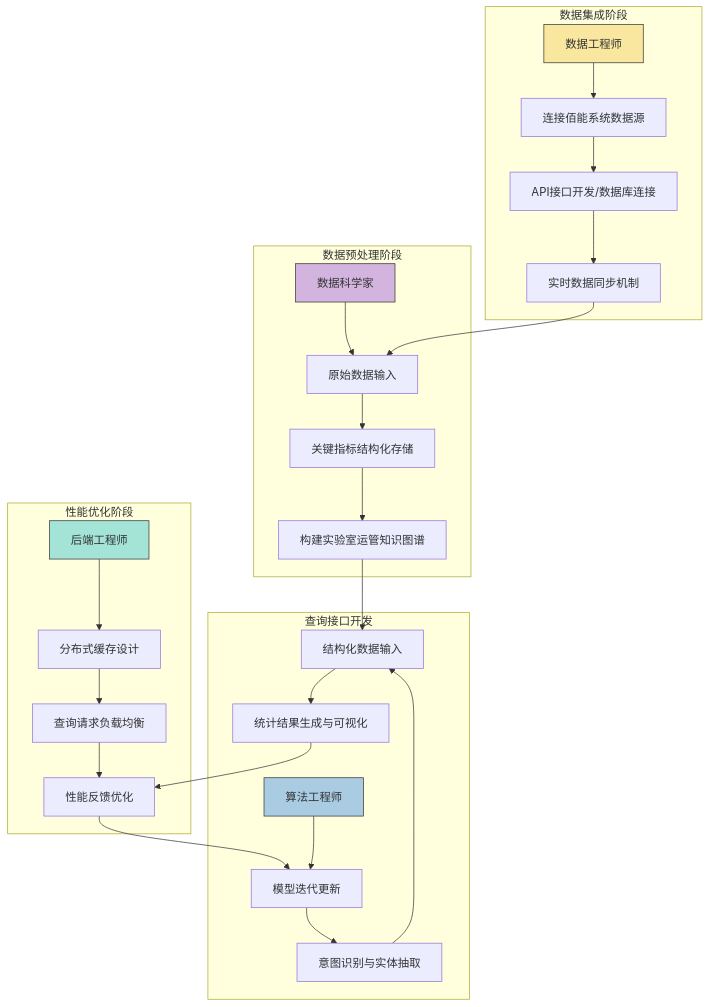
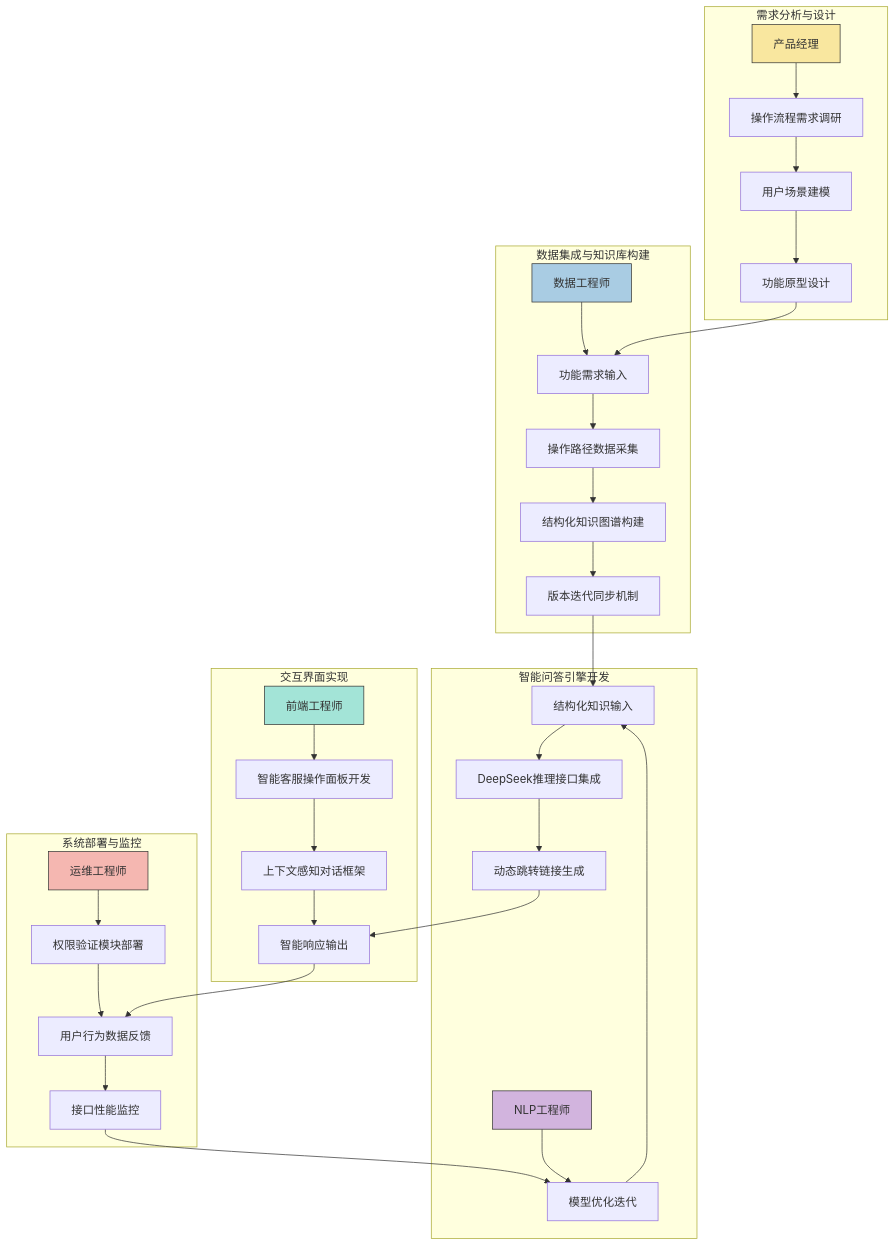
One commit to Larry177/iodraw-files changed the diagram in all/未命名-4.md. Above: the diagram before and after it, drawn with Mermaid.

Commit message:
2025-02-25 11:47:16 update

````diff
--- a/all/未命名-4.md
+++ b/all/未命名-4.md
@@ -1,38 +1,47 @@
 ```mermaid
 graph TD
-    subgraph 数据集成阶段
-        A1[数据工程师] --> A2[连接佰能系统数据源]
-        A2 --> A3[API接口开发/数据库连接]
-        A3 --> A4[实时数据同步机制]
+    subgraph 需求分析与设计
+        PM[产品经理] --> A1[操作流程需求调研]
+        A1 --> A2[用户场景建模]
+        A2 --> A3[功能原型设计]
     end
 
-    subgraph 数据预处理阶段
-        B1[数据科学家] --> B2[数据清洗与格式化]
-        B2 --> B3[关键指标结构化存储]
-        B3 --> B4[构建实验室运管知识图谱]
+    subgraph 数据集成与知识库构建
+        DE[数据工程师] --> B1[佰能系统API对接]
+        B1 --> B2[操作路径数据采集]
+        B2 --> B3[结构化知识图谱构建]
+        B3 --> B4[版本迭代同步机制]
     end
 
-    subgraph 查询接口开发
-        C1[算法工程师] --> C2[自然语言理解模块开发]
-        C2 --> C3[意图识别与实体抽取]
-        C3 --> C4[知识库检索与数据匹配]
-        C4 --> C5[统计结果生成与可视化]
+    subgraph 智能问答引擎开发
+        NLP[NLP工程师] --> C1[自然语言解析模型训练]
+        C1 --> C2[操作意图分类器]
+        C2 --> C3[DeepSeek推理接口集成]
+        C3 --> C4[动态跳转链接生成]
     end
 
-    subgraph 性能优化阶段
-        D1[后端工程师] --> D2[分布式缓存设计]
-        D2 --> D3[查询请求负载均衡]
-        D3 --> D4[响应速度监控系统]
+    subgraph 交互界面实现
+        FE[前端工程师] --> D1[智能客服操作面板开发]
+        D1 --> D2[上下文感知对话框架]
+        D2 --> D3[一键跳转功能实现]
     end
 
-    A4 --> B2[原始数据输入]
-    B4 --> C4[结构化数据输入]
-    C5 --> D4[性能反馈优化]
-    D4 --> C2[模型迭代更新]
+    subgraph 系统部署与监控
+        OPS[运维工程师] --> E1[权限验证模块部署]
+        E1 --> E2[操作日志追踪系统]
+        E2 --> E3[接口性能监控]
+    end
 
-    style A1 fill:#F9E79F,stroke:#333
-    style B1 fill:#D2B4DE,stroke:#333
-    style C1 fill:#A9CCE3,stroke:#333
-    style D1 fill:#A3E4D7,stroke:#333
+    A3 --> B1[功能需求输入]
+    B4 --> C2[结构化知识输入]
+    C4 --> D3[智能响应输出]
+    D3 --> E2[用户行为数据反馈]
+    E3 --> C1[模型优化迭代]
+
+    style PM fill:#F9E79F,stroke:#333
+    style DE fill:#A9CCE3,stroke:#333
+    style NLP fill:#D2B4DE,stroke:#333
+    style FE fill:#A3E4D7,stroke:#333
+    style OPS fill:#F5B7B1,stroke:#333
 
 ```
````
